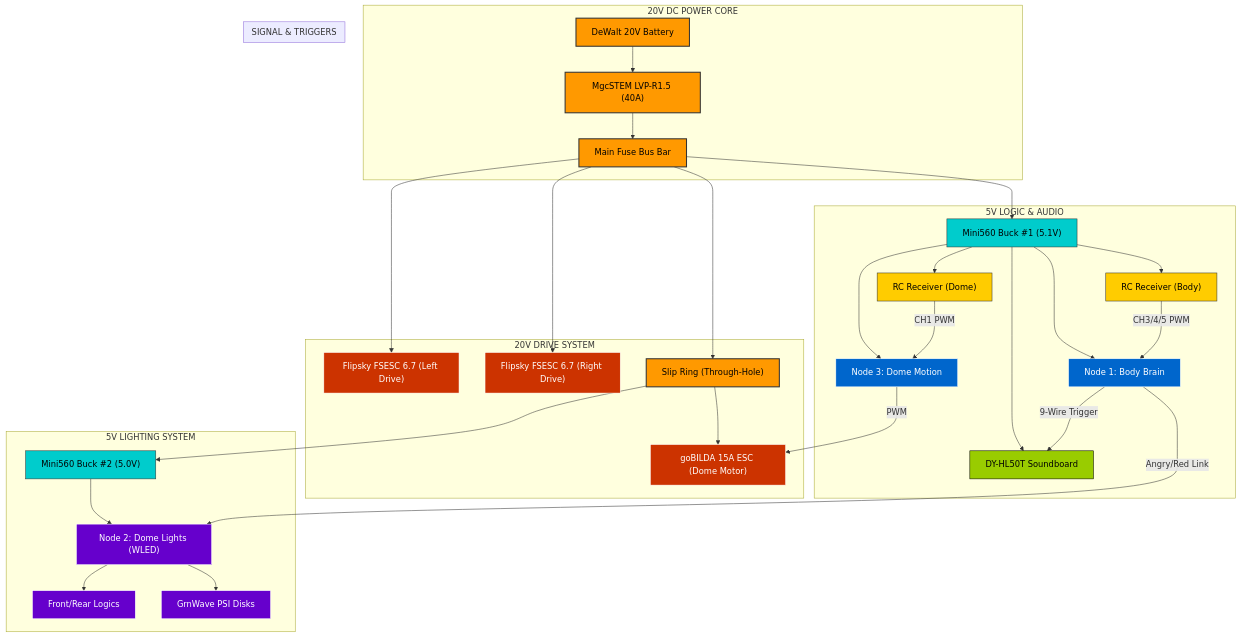
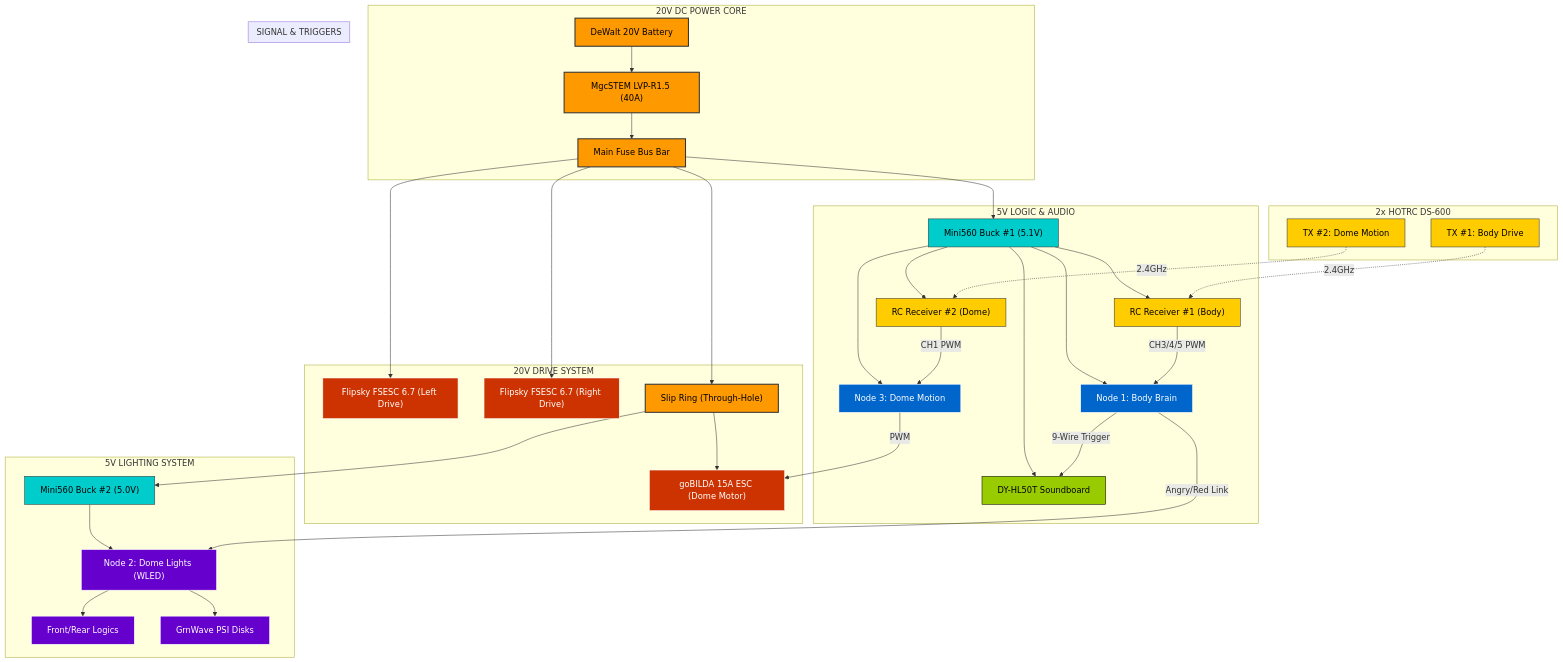
Before and after one commit to Ruzzler/Wee2-D2: the diagram in docs/electrical/electrical-schematic.md, drawn with Mermaid. The commit also changed other lines of this file and 2 other files, not shown here.

Commit message:
Hardware Update: Added 2x HOTRC DS-600 support and fixed Databank rendering engine

````diff
--- a/docs/electrical/electrical-schematic.md
+++ b/docs/electrical/electrical-schematic.md
@@ -14,59 +14,68 @@
 ```mermaid
 graph TD
+    subgraph TRANSMITTERS [2x HOTRC DS-600]
+        TX1["TX #1: Body Drive"]:::signal
+        TX2["TX #2: Dome Motion"]:::signal
+    end
+
     subgraph POWER_SOURCE [20V DC POWER CORE]
         BAT["DeWalt 20V Battery"]:::power --> LVC["MgcSTEM LVP-R1.5 (40A)"]:::power
         LVC --> FUSE["Main Fuse Bus Bar"]:::power
     end
 
     subgraph HIGH_POWER_RAIL [20V DRIVE SYSTEM]
         FUSE --> ESC1["Flipsky FSESC 6.7 (Left Drive)"]:::drive
         FUSE --> ESC2["Flipsky FSESC 6.7 (Right Drive)"]:::drive
         FUSE --> SLIP["Slip Ring (Through-Hole)"]:::power
         SLIP --> ESC3["goBILDA 15A ESC (Dome Motor)"]:::drive
     end
 
     subgraph LOGIC_RAIL [5V LOGIC & AUDIO]
         FUSE --> BUCK1["Mini560 Buck #1 (5.1V)"]:::logic
         BUCK1 --> ESP1["Node 1: Body Brain"]:::brain
         BUCK1 --> ESP3["Node 3: Dome Motion"]:::brain
         BUCK1 --> AUDIO["DY-HL50T Soundboard"]:::audio
-        BUCK1 --> RC1["RC Receiver (Body)"]:::signal
-        BUCK1 --> RC2["RC Receiver (Dome)"]:::signal
+        BUCK1 --> RC1["RC Receiver #1 (Body)"]:::signal
+        BUCK1 --> RC2["RC Receiver #2 (Dome)"]:::signal
     end
 
     subgraph LIGHT_RAIL [5V LIGHTING SYSTEM]
         SLIP --> BUCK2["Mini560 Buck #2 (5.0V)"]:::logic
         BUCK2 --> WLED["Node 2: Dome Lights (WLED)"]:::lights
         WLED --> LOGICS["Front/Rear Logics"]:::lights
         WLED --> PSIS["GrnWave PSI Disks"]:::lights
     end
 
     subgraph SIGNAL_INTERCONNECTS [SIGNAL & TRIGGERS]
+        TX1 -. "2.4GHz" .-> RC1
+        TX2 -. "2.4GHz" .-> RC2
         RC1 -- "CH3/4/5 PWM" --> ESP1
         ESP1 -- "9-Wire Trigger" --> AUDIO
         RC2 -- "CH1 PWM" --> ESP3
         ESP3 -- "PWM" --> ESC3
         ESP1 -- "Angry/Red Link" --> WLED
     end
 
     %% Click Callbacks for Interactivity
     click BAT call loadMapContent("docs/electrical/lvp-r15-manual.md")
     click LVC call loadMapContent("docs/electrical/lvp-r15-manual.md")
     click ESC1 call loadMapContent("docs/electrical/flipsky-fsesc-67-pro-manual.md")
     click ESC2 call loadMapContent("docs/electrical/flipsky-fsesc-67-pro-manual.md")
     click SLIP call loadMapContent("docs/electrical/cnbtr-slip-ring-manual.md")
     click AUDIO call loadMapContent("docs/electrical/dy-hl50t-manual.md")
     click PSIS call loadMapContent("docs/electrical/grnwave-psi-manual.md")
     click ESP1 call loadMapContent("firmware/node1-body-brain/body-brain.yaml")
     click ESP3 call loadMapContent("firmware/node3-dome-motion/dome-motion.yaml")
     click WLED call loadMapContent("firmware/node2-dome-lights/README.md")
     click ESC3 call loadMapContent("docs/components/bill-of-materials.md")
+    click TX1 call loadMapContent("docs/electrical/hotrc-ds600-manual.md")
+    click TX2 call loadMapContent("docs/electrical/hotrc-ds600-manual.md")
 
     classDef power fill:#ff9900,stroke:#333,stroke-width:2px,color:#000
     classDef drive fill:#cc3300,stroke:#fff,color:#fff
     classDef logic fill:#00cccc,stroke:#333,color:#000
     classDef brain fill:#0066cc,stroke:#fff,color:#fff
     classDef audio fill:#99cc00,stroke:#000,color:#000
     classDef signal fill:#ffcc00,stroke:#333,color:#000
     classDef lights fill:#6600cc,stroke:#fff,color:#fff
 ```
````
